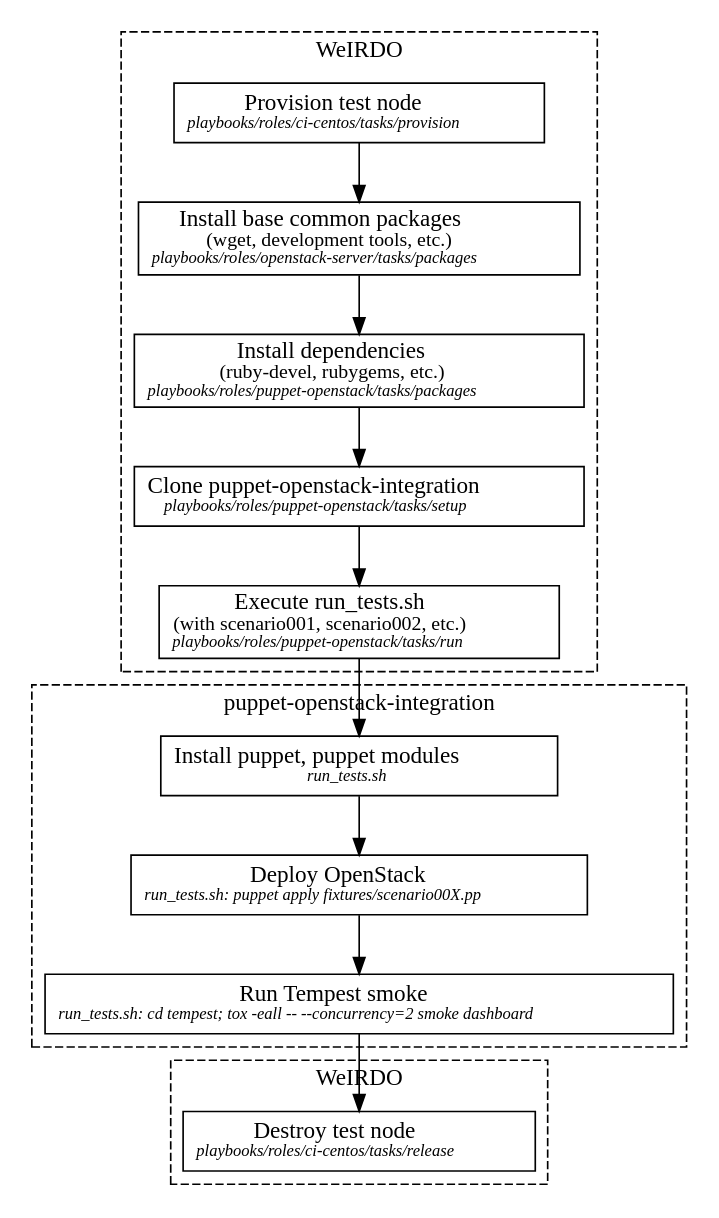
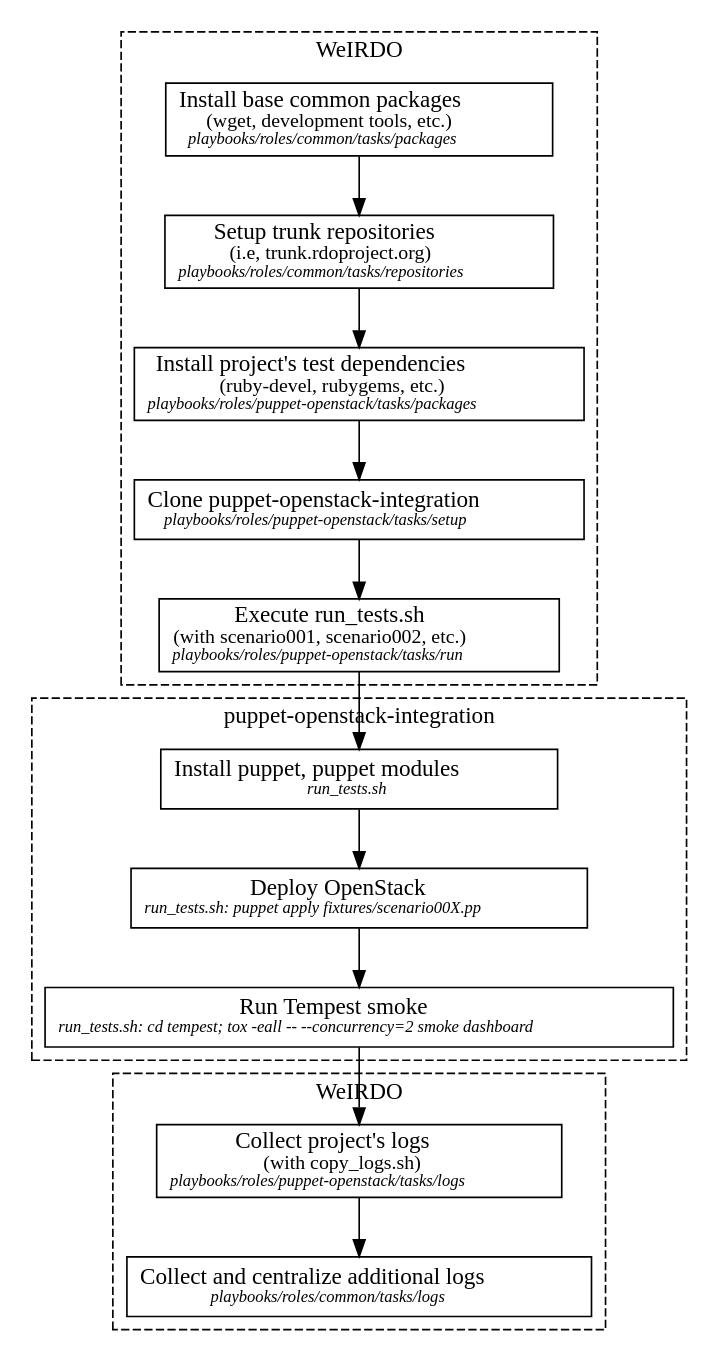
The diagram in docs/how.rst (rdo-infra/weirdo), drawn with Graphviz before and after one commit. The commit also changed other lines of this file and 6 other files, not shown here.

```diff
--- a/docs/how.rst
+++ b/docs/how.rst
@@ -68,31 +63,32 @@
 .. graphviz::
 
     digraph {
-      a  [shape = polygon, sides = 4,label = <Provision test node<br/><FONT POINT-SIZE='10'><I>playbooks/roles/ci-centos/tasks/provision</I></FONT>>]
-      b  [shape = polygon, sides = 4,label = <Install base common packages<br/><FONT POINT-SIZE='12'>(wget, development tools, etc.)</FONT><br/><FONT POINT-SIZE='10'><I>playbooks/roles/openstack-server/tasks/packages</I></FONT>>]
-      c  [shape = polygon, sides = 4,label = <Install dependencies<br/><FONT POINT-SIZE='12'>(ruby-devel, rubygems, etc.)</FONT><br/><FONT POINT-SIZE='10'><I>playbooks/roles/puppet-openstack/tasks/packages</I></FONT>>]
+      a  [shape = polygon, sides = 4,label = <Install base common packages<br/><FONT POINT-SIZE='12'>(wget, development tools, etc.)</FONT><br/><FONT POINT-SIZE='10'><I>playbooks/roles/common/tasks/packages</I></FONT>>]
+      b  [shape = polygon, sides = 4,label = <Setup trunk repositories<br/><FONT POINT-SIZE='12'>(i.e, trunk.rdoproject.org)</FONT><br/><FONT POINT-SIZE='10'><I>playbooks/roles/common/tasks/repositories</I></FONT>>]
+      c  [shape = polygon, sides = 4,label = <Install project's test dependencies<br/><FONT POINT-SIZE='12'>(ruby-devel, rubygems, etc.)</FONT><br/><FONT POINT-SIZE='10'><I>playbooks/roles/puppet-openstack/tasks/packages</I></FONT>>]
       d  [shape = polygon, sides = 4,label = <Clone puppet-openstack-integration<br/><FONT POINT-SIZE='10'><I>playbooks/roles/puppet-openstack/tasks/setup</I></FONT>>]
       e  [shape = polygon, sides = 4,label = <Execute run_tests.sh<br/><FONT POINT-SIZE='12'>(with scenario001, scenario002, etc.)</FONT><br/><FONT POINT-SIZE='10'><I>playbooks/roles/puppet-openstack/tasks/run</I></FONT>>]
       f  [shape = polygon, sides = 4,label = <Install puppet, puppet modules<br/><FONT POINT-SIZE='10'><I>run_tests.sh</I></FONT>>]
       g  [shape = polygon, sides = 4,label = <Deploy OpenStack<br/><FONT POINT-SIZE='10'><I>run_tests.sh: puppet apply fixtures/scenario00X.pp</I></FONT>>]
       h  [shape = polygon, sides = 4,label = <Run Tempest smoke<br/><FONT POINT-SIZE='10'><I>run_tests.sh: cd tempest; tox -eall -- --concurrency=2 smoke dashboard</I></FONT>>]
-      i  [shape = polygon, sides = 4,label = <Destroy test node<br/><FONT POINT-SIZE='10'><I>playbooks/roles/ci-centos/tasks/release</I></FONT>>]
+      i  [shape = polygon, sides = 4,label = <Collect project's logs<br/><FONT POINT-SIZE='12'>(with copy_logs.sh)</FONT><br/><FONT POINT-SIZE='10'><I>playbooks/roles/puppet-openstack/tasks/logs</I></FONT>>]
+      j  [shape = polygon, sides = 4,label = <Collect and centralize additional logs<br/><FONT POINT-SIZE='10'><I>playbooks/roles/common/tasks/logs</I></FONT>>]
 
       subgraph cluster_0 {
         label = "WeIRDO";
         style = "dashed";
         a -> b -> c -> d -> e;
       }
 
       subgraph cluster_1 {
         label = "puppet-openstack-integration";
         style = "dashed";
         e -> f -> g -> h;
       }
 
       subgraph cluster_2 {
         label = "WeIRDO";
         style = "dashed";
-        h -> i;
+        h -> i -> j;
       }
     }
```
